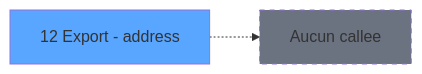
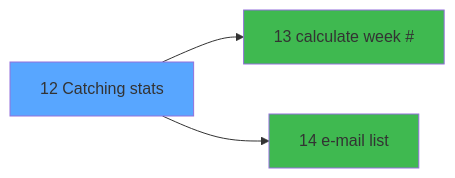
Before and after one commit to thonyAGP/lecteur-magic: the fourth of 4 diagrams in .openspec/specs/ADH-IDE-12.md, drawn with Mermaid. The commit also changed other lines of this file and 493 other files, not shown here.

````diff
--- a/.openspec/specs/ADH-IDE-12.md
+++ b/.openspec/specs/ADH-IDE-12.md
@@ -171,8 +2019,11 @@
 ```mermaid
 graph LR
-    T12[12 Export - address]
+    T12[12 Catching stats]
     style T12 fill:#58a6ff
-    NONE[Aucun callee]
-    T12 -.-> NONE
-    style NONE fill:#6b7280,stroke-dasharray: 5 5
+    C13[13 calculate week #]
+    T12 --> C13
+    style C13 fill:#3fb950
+    C14[14 e-mail list]
+    T12 --> C14
+    style C14 fill:#3fb950
 ```
````
